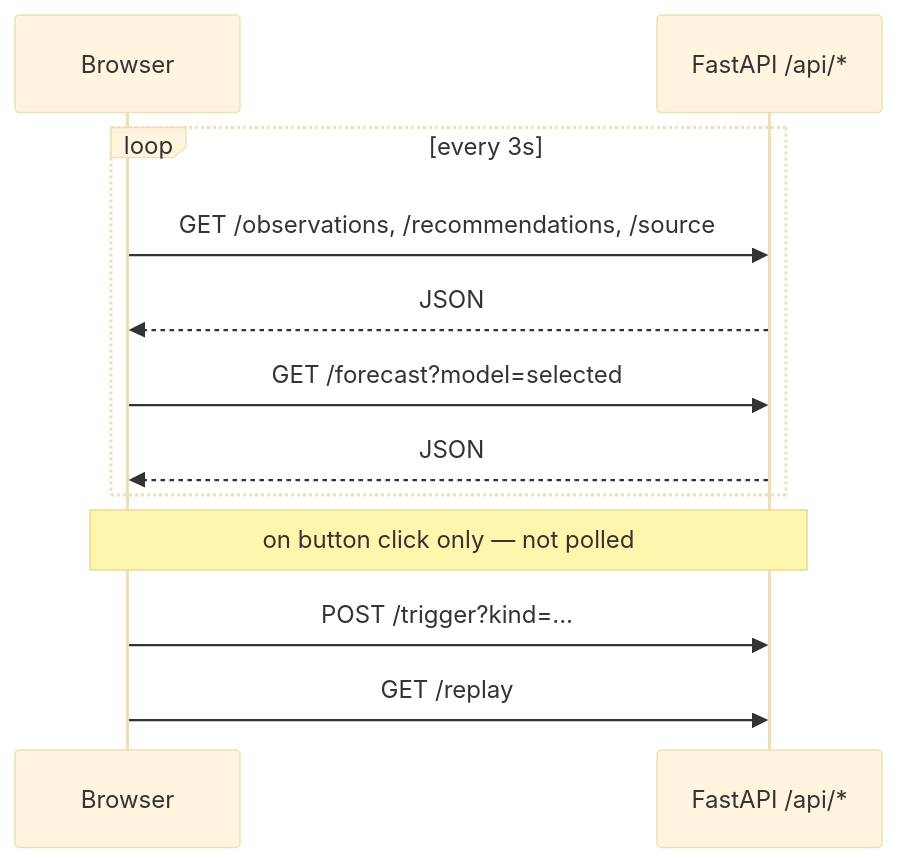
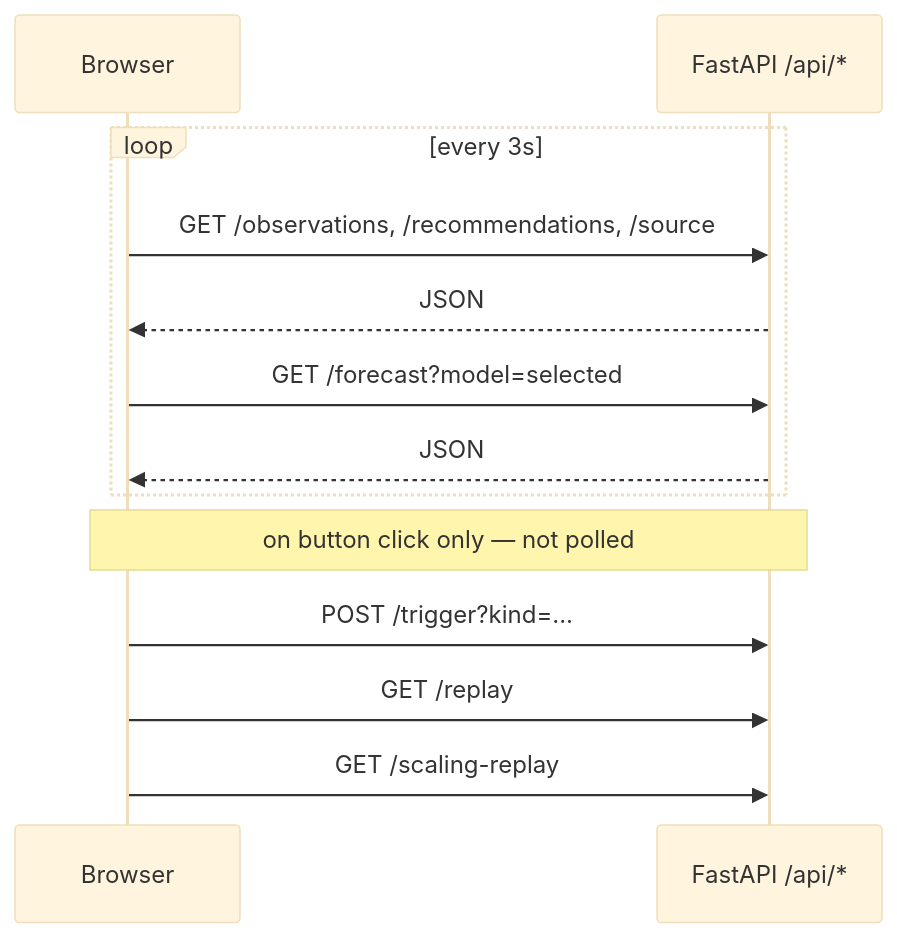
One commit to jsawyerdev/scalescope changed the fourth of 6 diagrams in README.md. Above: the diagram before and after it, drawn with Mermaid (base theme). The commit also changed other lines of this file and 31 other files, not shown here.

````diff
--- a/README.md
+++ b/README.md
@@ -607,15 +607,16 @@
 ```mermaid
 sequenceDiagram
     participant Browser
     participant API as FastAPI /api/*
 
     loop every 3s
         Browser->>API: GET /observations, /recommendations, /source
         API-->>Browser: JSON
         Browser->>API: GET /forecast?model=selected
         API-->>Browser: JSON
     end
     Note over Browser,API: on button click only — not polled
     Browser->>API: POST /trigger?kind=...
     Browser->>API: GET /replay
+    Browser->>API: GET /scaling-replay
 ```
````
